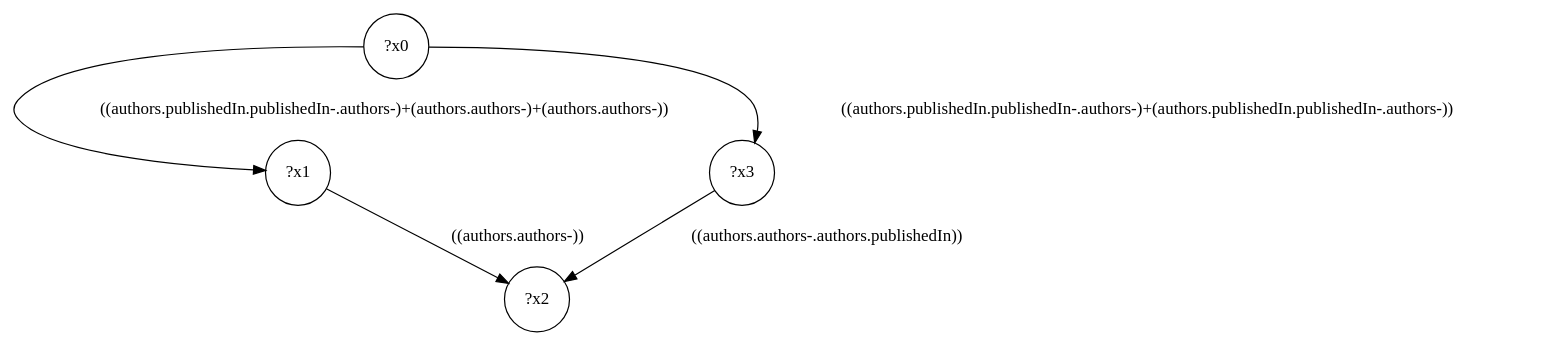
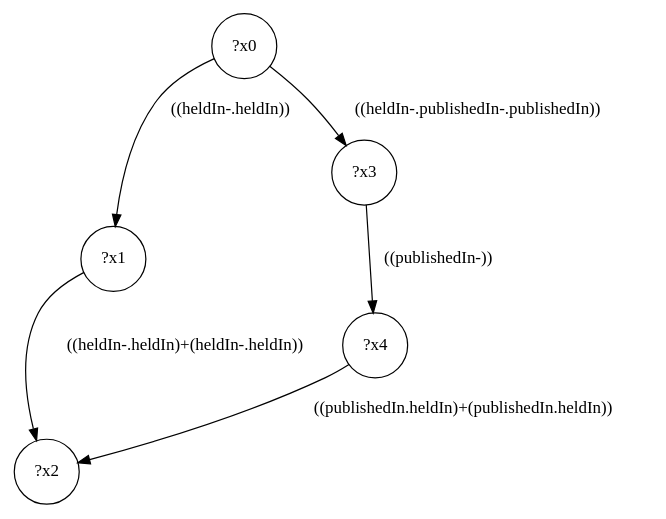
The diagram in src/queryinterface/interface-queries/query-49.dot (gbagan/gmark), drawn with Graphviz before and after one commit. The commit also changed 150 other files, not shown here.

```diff
--- a/src/queryinterface/interface-queries/query-49.dot
+++ b/src/queryinterface/interface-queries/query-49.dot
@@ -1,10 +1,12 @@
 digraph g {
 	x0 [shape=circle, label="?x0"];
 	x1 [shape=circle, label="?x1"];
-	x0 -> x1 [label="((authors.publishedIn.publishedIn-.authors-)+(authors.authors-)+(authors.authors-))"];
+	x0 -> x1 [label="((heldIn-.heldIn))"];
 	x2 [shape=circle, label="?x2"];
-	x1 -> x2 [label="((authors.authors-))"];
+	x1 -> x2 [label="((heldIn-.heldIn)+(heldIn-.heldIn))"];
 	x3 [shape=circle, label="?x3"];
-	x0 -> x3 [label="((authors.publishedIn.publishedIn-.authors-)+(authors.publishedIn.publishedIn-.authors-))"];
-	x3 -> x2 [label="((authors.authors-.authors.publishedIn))"];
+	x0 -> x3 [label="((heldIn-.publishedIn-.publishedIn))"];
+	x4 [shape=circle, label="?x4"];
+	x3 -> x4 [label="((publishedIn-))"];
+	x4 -> x2 [label="((publishedIn.heldIn)+(publishedIn.heldIn))"];
 }
```
